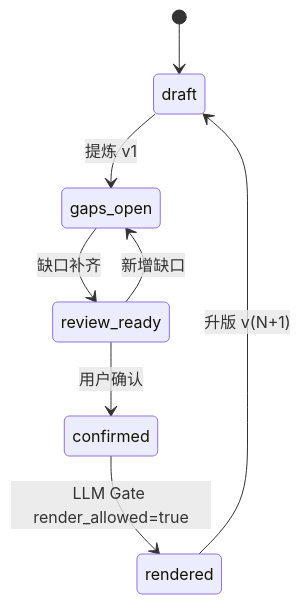
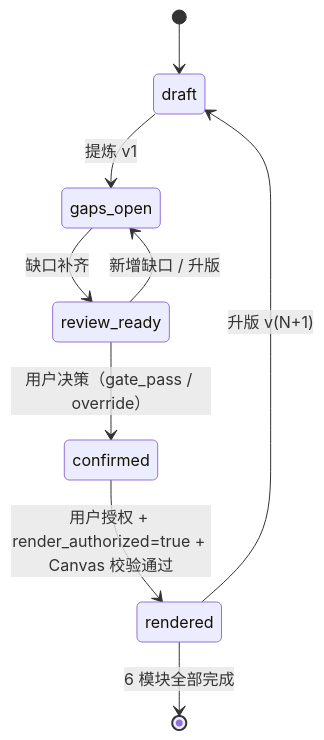
Before and after one commit to wanghongbj321-code/pratyaya: the diagram in DESIGN.md, drawn with Mermaid. The commit also changed other lines of this file and 7 other files, not shown here.

````diff
--- a/DESIGN.md
+++ b/DESIGN.md
@@ -89,10 +90,11 @@
 ```mermaid
 stateDiagram-v2
     [*] --> draft
     draft --> gaps_open: 提炼 v1
     gaps_open --> review_ready: 缺口补齐
-    review_ready --> gaps_open: 新增缺口
-    review_ready --> confirmed: 用户确认
-    confirmed --> rendered: LLM Gate render_allowed=true
+    review_ready --> gaps_open: 新增缺口 / 升版
+    review_ready --> confirmed: 用户决策（gate_pass / override）
+    confirmed --> rendered: 用户授权 + render_authorized=true + Canvas 校验通过
     rendered --> draft: 升版 v(N+1)
+    rendered --> [*]: 6 模块全部完成
 ```
````
